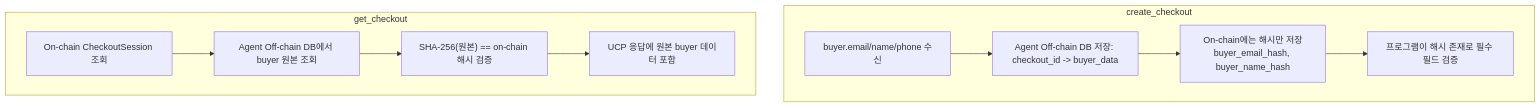
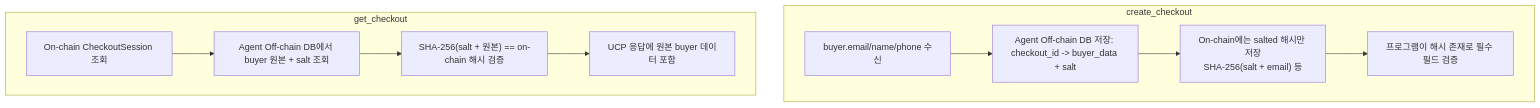
Before and after one commit to hayden-02055/interlude: the fourth of 8 diagrams in docs/market/README.md, drawn with Mermaid. The commit also changed other lines of this file and 10 other files, not shown here.

````diff
--- a/docs/market/README.md
+++ b/docs/market/README.md
@@ -224,18 +225,18 @@
 ```mermaid
 flowchart TB
   subgraph C["create_checkout"]
     C1["buyer.email/name/phone 수신"]
-    C2["Agent Off-chain DB 저장: checkout_id -> buyer_data"]
-    C3["On-chain에는 해시만 저장<br/>buyer_email_hash, buyer_name_hash"]
+    C2["Agent Off-chain DB 저장: checkout_id -> buyer_data + salt"]
+    C3["On-chain에는 salted 해시만 저장<br/>SHA-256(salt + email) 등"]
     C4["프로그램이 해시 존재로 필수 필드 검증"]
     C1 --> C2 --> C3 --> C4
   end
 
   subgraph G["get_checkout"]
     G1["On-chain CheckoutSession 조회"]
-    G2["Agent Off-chain DB에서 buyer 원본 조회"]
-    G3["SHA-256(원본) == on-chain 해시 검증"]
+    G2["Agent Off-chain DB에서 buyer 원본 + salt 조회"]
+    G3["SHA-256(salt + 원본) == on-chain 해시 검증"]
     G4["UCP 응답에 원본 buyer 데이터 포함"]
     G1 --> G2 --> G3 --> G4
   end
 ```
````
